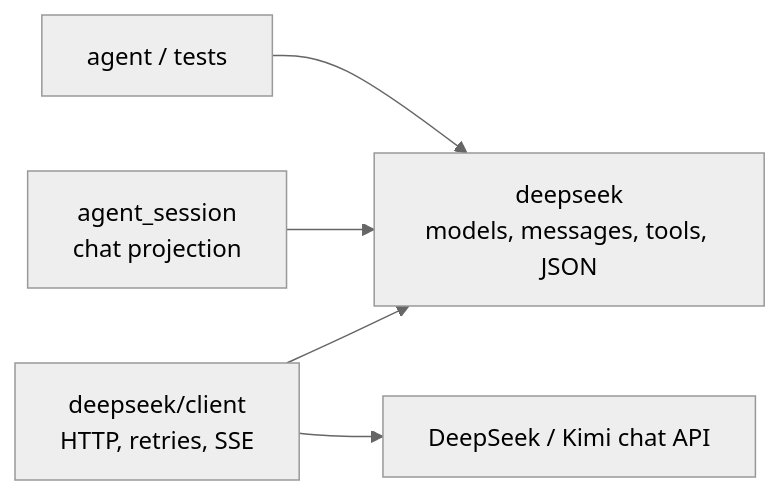
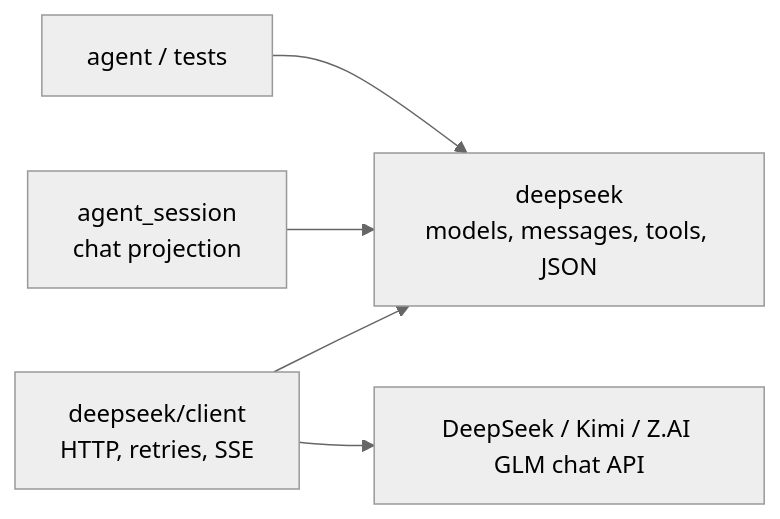
Before and after one commit to 0717lee/openseek: the first of 4 diagrams in deepseek/README.mbt.md, drawn with Mermaid (neutral theme). The commit also changed other lines of this file and 26 other files, not shown here.

````diff
--- a/deepseek/README.mbt.md
+++ b/deepseek/README.mbt.md
@@ -53,7 +56,7 @@
 ```mermaid
 flowchart LR
   app["agent / tests"] --> root["deepseek\nmodels, messages, tools, JSON"]
   session["agent_session\nchat projection"] --> root
   client["deepseek/client\nHTTP, retries, SSE"] --> root
-  client --> api["DeepSeek / Kimi chat API"]
+  client --> api["DeepSeek / Kimi / Z.AI GLM chat API"]
 ```
````
